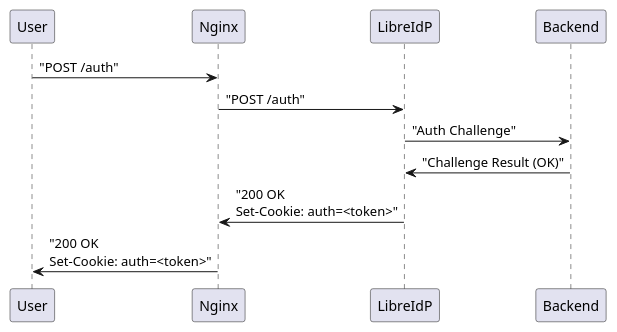
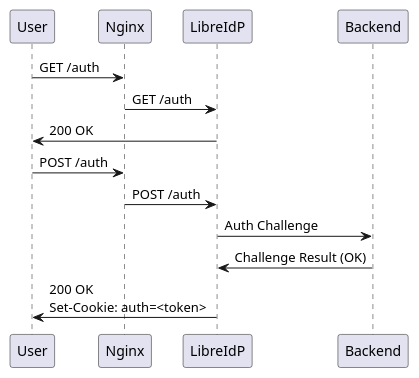
The second of 4 diagrams in _posts/2022-08-13-libreidp.md (AmateurECE/twardyece-blog), drawn with PlantUML before and after one commit. The commit also changed other lines of this file, not shown here.

Commit message:
Update diagrams in LibreIdP introduction post

```diff
--- a/_posts/2022-08-13-libreidp.md
+++ b/_posts/2022-08-13-libreidp.md
@@ -60,8 +60,10 @@
 {% plantuml %}
-User -> Nginx: "POST /auth"
-Nginx -> LibreIdP: "POST /auth"
-LibreIdP -> Backend: "Auth Challenge"
-Backend -> LibreIdP: "Challenge Result (OK)"
-LibreIdP -> Nginx: "200 OK\nSet-Cookie: auth=<token>"
-Nginx -> User: "200 OK\nSet-Cookie: auth=<token>"
+User -> Nginx: GET /auth
+Nginx -> LibreIdP: GET /auth
+LibreIdP -> User: 200 OK
+User -> Nginx: POST /auth
+Nginx -> LibreIdP: POST /auth
+LibreIdP -> Backend: Auth Challenge
+Backend -> LibreIdP: Challenge Result (OK)
+LibreIdP -> User: 200 OK\nSet-Cookie: auth=<token>
 {% endplantuml %}
```
